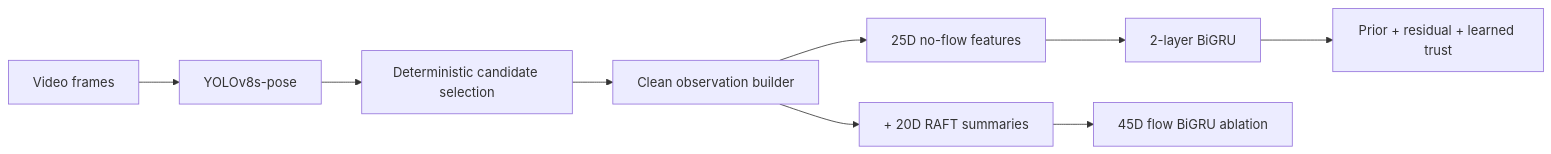
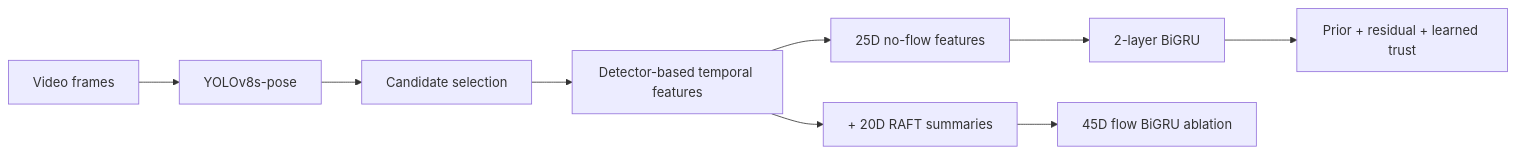
One commit to thy9164/baseball-bat-temporal-refinement changed the diagram in README.md. Above: the diagram before and after it, drawn with Mermaid. The commit also changed other lines of this file, not shown here.

````diff
--- a/README.md
+++ b/README.md
@@ -15,11 +15,11 @@
 ```mermaid
 flowchart LR
     V[Video frames] --> D[YOLOv8s-pose]
-    D --> S[Deterministic candidate selection]
-    S --> O[Clean observation builder]
+    D --> S[Candidate selection]
+    S --> O[Detector-based temporal features]
     O --> N[25D no-flow features]
     N --> B[2-layer BiGRU]
     B --> R[Prior + residual + learned trust]
     O --> F[+ 20D RAFT summaries]
     F --> BF[45D flow BiGRU ablation]
 ```
````
